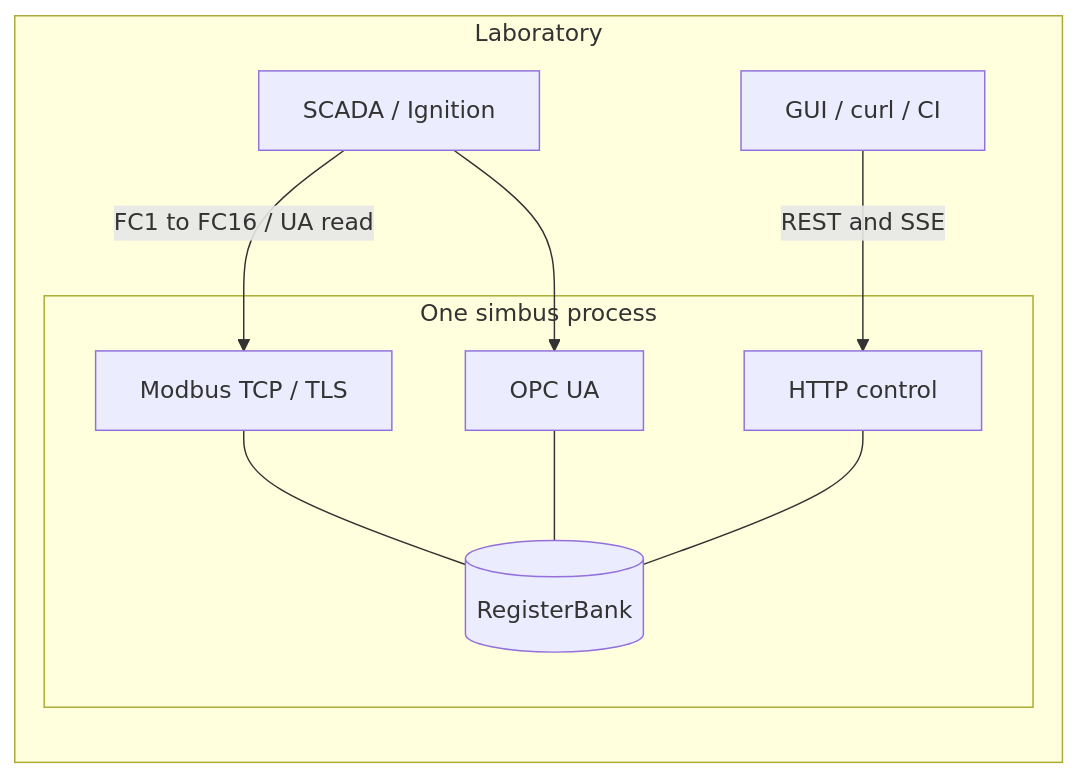
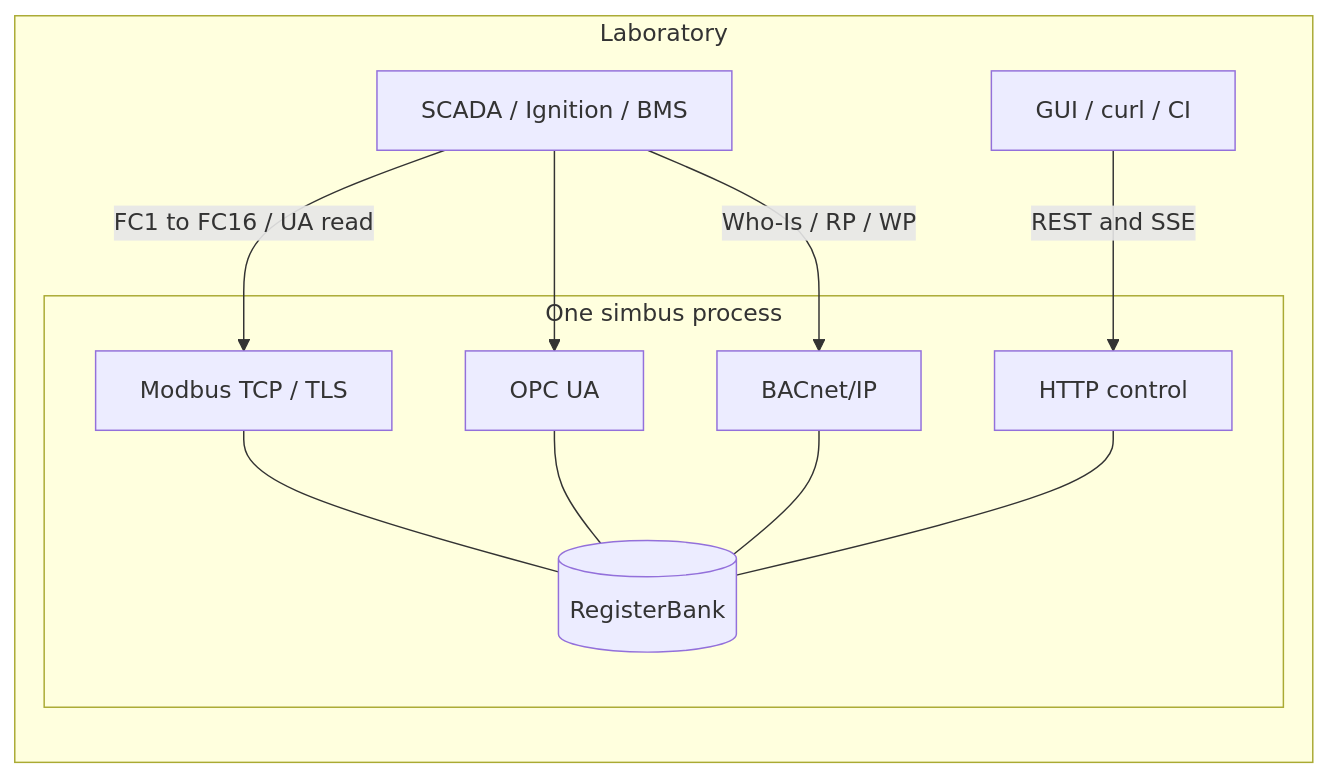
Before and after one commit to obsidia-systems/simbus: the first of 7 diagrams in docs/architecture.md, drawn with Mermaid. The commit also changed other lines of this file and 28 other files, not shown here.

````diff
--- a/docs/architecture.md
+++ b/docs/architecture.md
@@ -24,19 +24,22 @@
 ```mermaid
 flowchart LR
     subgraph lab [Laboratory]
-        scada[SCADA / Ignition]
+        scada[SCADA / Ignition / BMS]
         gui[GUI / curl / CI]
         subgraph proc [One simbus process]
             mb[Modbus TCP / TLS]
             ua[OPC UA]
+            bn[BACnet/IP]
             http[HTTP control]
             bank[(RegisterBank)]
             mb --- bank
             ua --- bank
+            bn --- bank
             http --- bank
         end
     end
     scada -->|FC1 to FC16 / UA read| mb
     scada --> ua
+    scada -->|Who-Is / RP / WP| bn
     gui -->|REST and SSE| http
 ```
````
